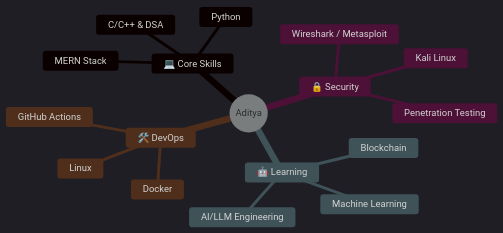
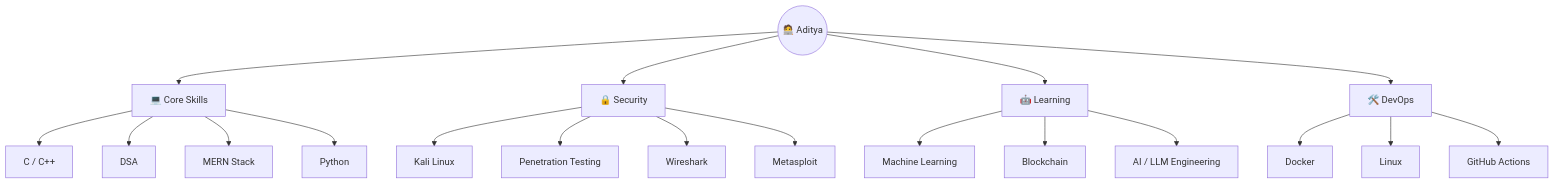
Before and after one commit to AdityaDabgotra/AdityaDabgotra: the diagram in README.md, drawn with Mermaid.

Commit message:
Update system architecture diagram in README

````diff
--- a/README.md
+++ b/README.md
@@ -53,21 +53,25 @@
 ```mermaid
-%%{init: {'theme': 'dark', 'themeVariables': { 'primaryColor': '#00f0ff', 'edgeLabelBackground':'#0d1117', 'tertiaryColor': '#0d1117'}}}%%
-mindmap
-  root((Aditya))
-    💻 Core Skills
-      C/C++ & DSA
-      MERN Stack
-      Python
-    🔒 Security
-      Kali Linux
-      Penetration Testing
-      Wireshark / Metasploit
-    🤖 Learning
-      Machine Learning
-      Blockchain
-      AI/LLM Engineering
-    🛠️ DevOps
-      Docker
-      Linux
-      GitHub Actions
+graph TD
+    A(("🧑‍💻 Aditya")) --> B["💻 Core Skills"]
+    A --> C["🔒 Security"]
+    A --> D["🤖 Learning"]
+    A --> E["🛠️ DevOps"]
+
+    B --> B1["C / C++"]
+    B --> B2["DSA"]
+    B --> B3["MERN Stack"]
+    B --> B4["Python"]
+
+    C --> C1["Kali Linux"]
+    C --> C2["Penetration Testing"]
+    C --> C3["Wireshark"]
+    C --> C4["Metasploit"]
+
+    D --> D1["Machine Learning"]
+    D --> D2["Blockchain"]
+    D --> D3["AI / LLM Engineering"]
+
+    E --> E1["Docker"]
+    E --> E2["Linux"]
+    E --> E3["GitHub Actions"]
 ```
````
